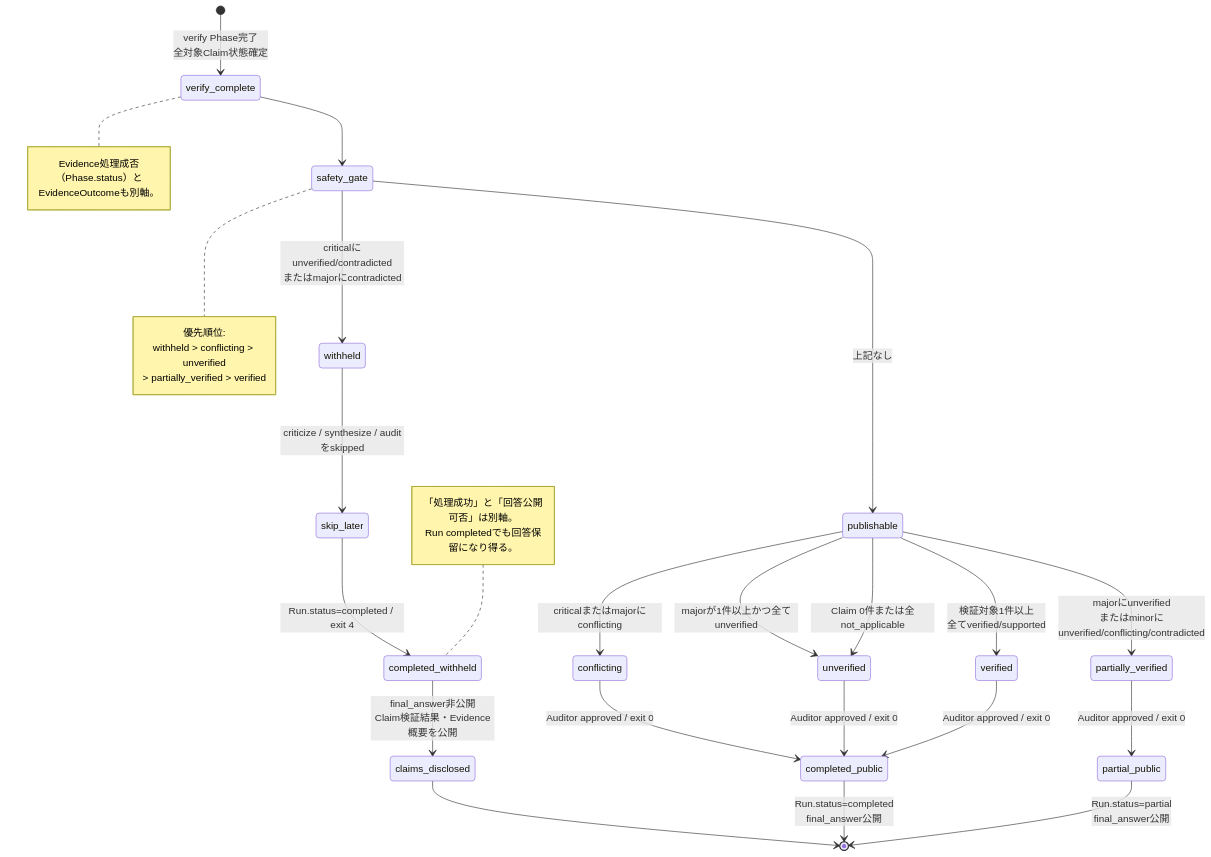
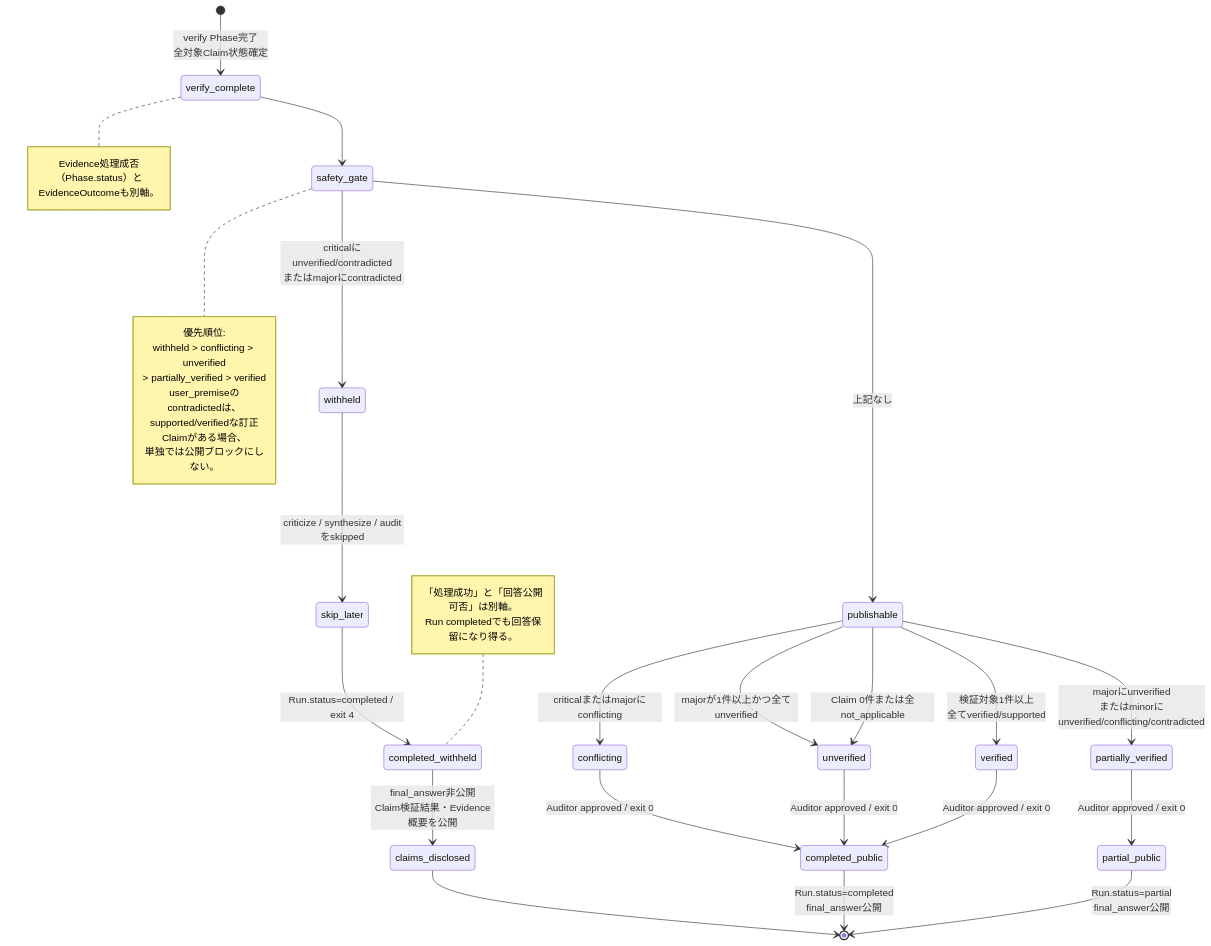
Before and after one commit to garyohosu/OracleCouncil: the fifth of 6 diagrams in STATE.md, drawn with Mermaid. The commit also changed 17 other files, not shown here.

````diff
--- a/STATE.md
+++ b/STATE.md
@@ -178,40 +178,43 @@
 ```mermaid
 stateDiagram-v2
     [*] --> verify_complete: verify Phase完了<br/>全対象Claim状態確定
     verify_complete --> safety_gate
 
     safety_gate --> withheld: criticalにunverified/contradicted<br/>またはmajorにcontradicted
     safety_gate --> publishable: 上記なし
 
     withheld --> skip_later: criticize / synthesize / auditをskipped
     skip_later --> completed_withheld: Run.status=completed / exit 4
     completed_withheld --> claims_disclosed: final_answer非公開<br/>Claim検証結果・Evidence概要を公開
     claims_disclosed --> [*]
 
     publishable --> conflicting: criticalまたはmajorにconflicting
     publishable --> unverified: majorが1件以上かつ全てunverified
     publishable --> partially_verified: majorにunverified<br/>またはminorにunverified/conflicting/contradicted
     publishable --> verified: 検証対象1件以上<br/>全てverified/supported
     publishable --> unverified: Claim 0件または全not_applicable
 
     conflicting --> completed_public: Auditor approved / exit 0
     unverified --> completed_public: Auditor approved / exit 0
     verified --> completed_public: Auditor approved / exit 0
     partially_verified --> partial_public: Auditor approved / exit 0
     completed_public --> [*]: Run.status=completed<br/>final_answer公開
     partial_public --> [*]: Run.status=partial<br/>final_answer公開
 
     note right of safety_gate
       優先順位:
       withheld > conflicting > unverified
       > partially_verified > verified
+      user_premiseのcontradictedは、
+      supported/verifiedな訂正Claimがある場合、
+      単独では公開ブロックにしない。
     end note
     note left of completed_withheld
       「処理成功」と「回答公開可否」は別軸。
       Run completedでも回答保留になり得る。
     end note
     note right of verify_complete
       Evidence処理成否（Phase.status）と
       EvidenceOutcomeも別軸。
     end note
 ```
````
